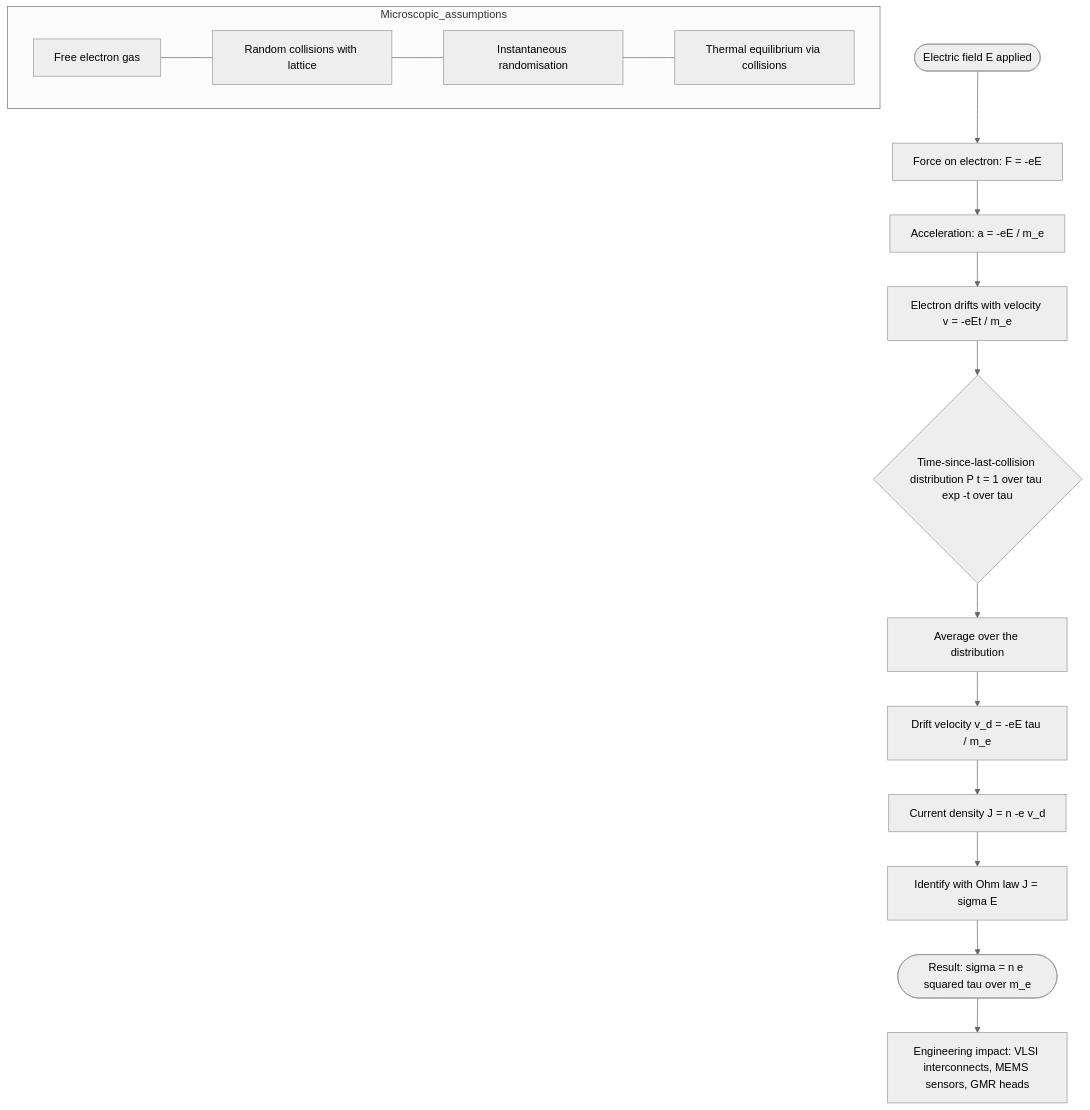
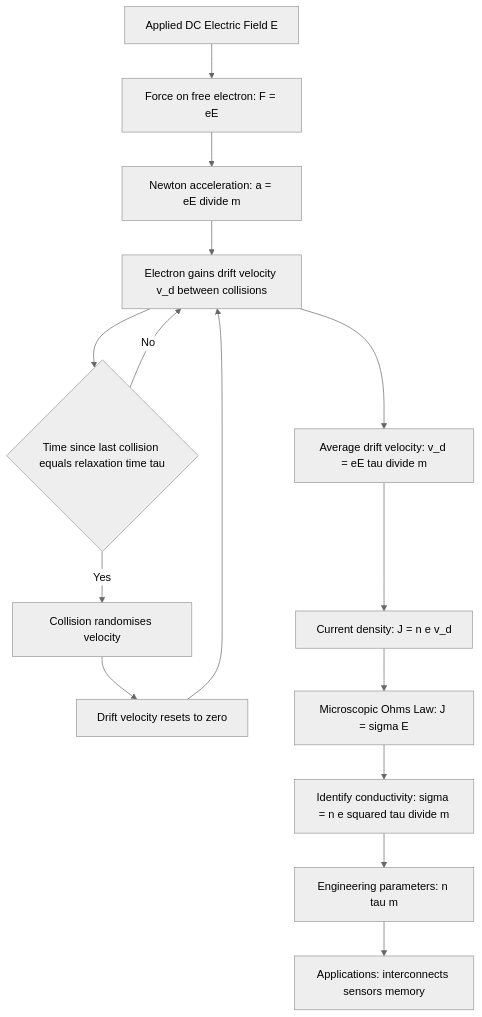
The first of 3 diagrams in public/notes/computer-science-and-engineering/semester-1/gapht121-physics-for-information-science/01-module-1-electrical-conductivity/electrical-conductivity/notes.md (vishnuu-kr/ktunode), drawn with Mermaid (neutral theme) before and after one commit. The commit also changed other lines of this file and 4829 other files, not shown here.

````diff
--- a/public/notes/computer-science-and-engineering/semester-1/gapht121-physics-for-information-science/01-module-1-electrical-conductivity/electrical-conductivity/notes.md
+++ b/public/notes/computer-science-and-engineering/semester-1/gapht121-physics-for-information-science/01-module-1-electrical-conductivity/electrical-conductivity/notes.md
@@ -322,17 +492,17 @@
 ```mermaid
 flowchart TD
-    A([Electric field E applied]) --> B[Force on electron: F = -eE]
-    B --> C[Acceleration: a = -eE / m_e]
-    C --> D[Electron drifts with velocity v = -eEt / m_e]
-    D --> E{Time-since-last-collision distribution P t = 1 over tau exp -t over tau}
-    E --> F[Average over the distribution]
-    F --> G[Drift velocity v_d = -eE tau / m_e]
-    G --> H[Current density J = n -e v_d]
-    H --> I[Identify with Ohm law J = sigma E]
-    I --> J([Result: sigma = n e squared tau over m_e])
-    J --> K[Engineering impact: VLSI interconnects, MEMS sensors, GMR heads]
-
-    subgraph Microscopic_assumptions
-        A1[Free electron gas] --- A2[Random collisions with lattice] --- A3[Instantaneous randomisation] --- A4[Thermal equilibrium via collisions]
-    end
+    A[Applied DC Electric Field E] --> B[Force on free electron: F = eE]
+    B --> C[Newton acceleration: a = eE divide m]
+    C --> D[Electron gains drift velocity v_d between collisions]
+    D --> E{Time since last collision equals relaxation time tau}
+    E -- Yes --> F[Collision randomises velocity]
+    F --> G[Drift velocity resets to zero]
+    G --> D
+    E -- No --> D
+    D --> H[Average drift velocity: v_d = eE tau divide m]
+    H --> I[Current density: J = n e v_d]
+    I --> J[Microscopic Ohms Law: J = sigma E]
+    J --> K[Identify conductivity: sigma = n e squared tau divide m]
+    K --> L[Engineering parameters: n tau m]
+    L --> M[Applications: interconnects sensors memory]
 ```
````
